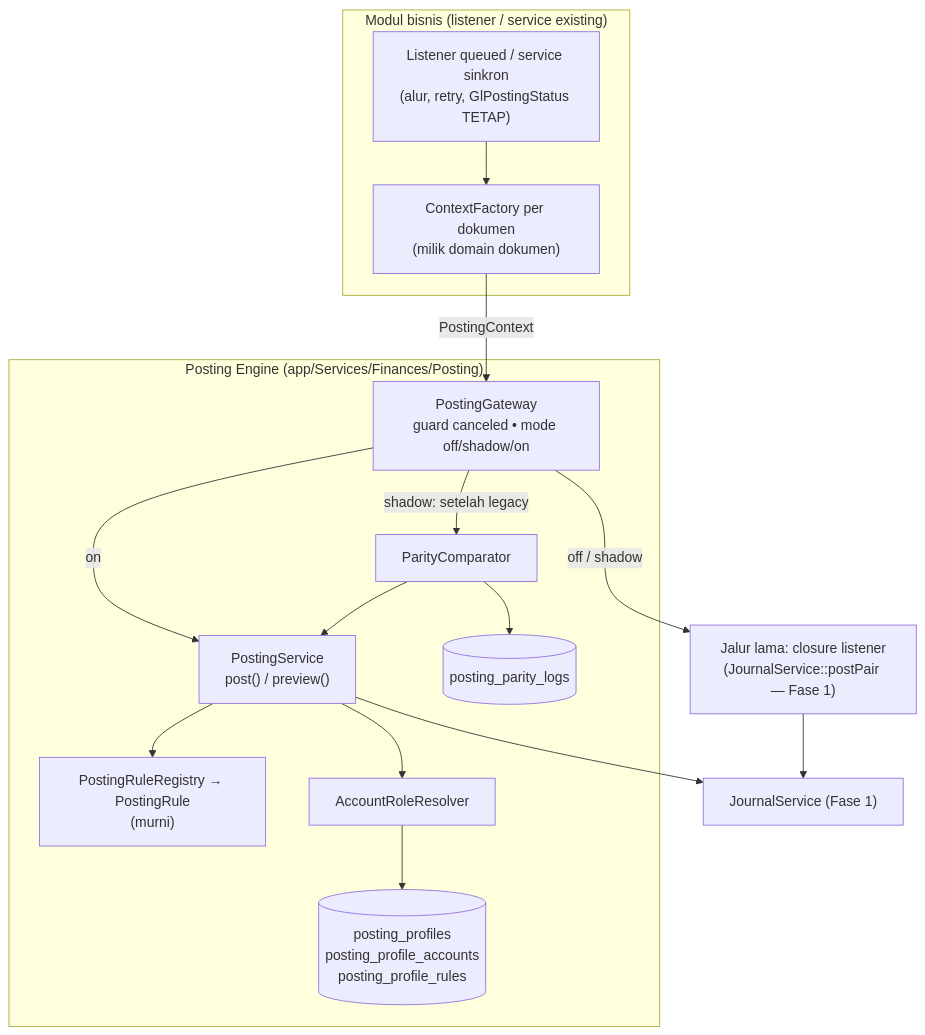
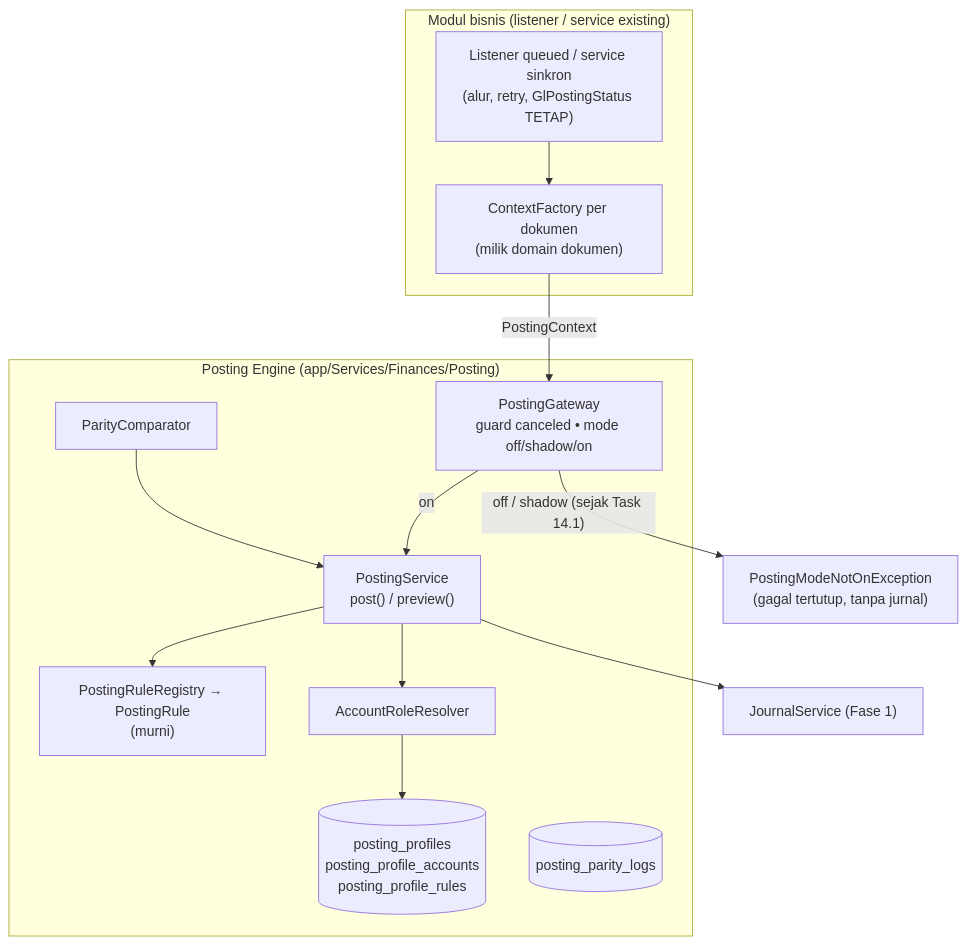
Before and after one commit to RimbunCode/erp_pataya: the diagram in .kiro/specs/finance-p2-posting-engine/design.md, drawn with Mermaid. The commit also changed other lines of this file and 65 other files, not shown here.

First line of the commit message:
feat(finance-p2): Task 14.1 matikan legacy_account_fallback dan hapus closure legacy

````diff
--- a/.kiro/specs/finance-p2-posting-engine/design.md
+++ b/.kiro/specs/finance-p2-posting-engine/design.md
@@ -25,26 +25,24 @@
 ```mermaid
 flowchart TD
     subgraph MOD["Modul bisnis (listener / service existing)"]
         LF["ContextFactory per dokumen<br/>(milik domain dokumen)"]
         LN["Listener queued / service sinkron<br/>(alur, retry, GlPostingStatus TETAP)"]
     end
     LN --> LF
     LF -->|PostingContext| GW
     subgraph ENG["Posting Engine (app/Services/Finances/Posting)"]
         GW["PostingGateway<br/>guard canceled • mode off/shadow/on"]
         PS["PostingService<br/>post() / preview()"]
         RR["PostingRuleRegistry → PostingRule<br/>(murni)"]
         AR["AccountRoleResolver"]
         PP[("posting_profiles<br/>posting_profile_accounts<br/>posting_profile_rules")]
         CMP["ParityComparator"]
         PL[("posting_parity_logs")]
         GW -->|on| PS
-        GW -->|shadow: setelah legacy| CMP --> PL
         CMP --> PS
         PS --> RR
         PS --> AR --> PP
     end
-    GW -->|off / shadow| LEG["Jalur lama: closure listener<br/>(JournalService::postPair — Fase 1)"]
+    GW -->|"off / shadow (sejak Task 14.1)"| FAIL["PostingModeNotOnException<br/>(gagal tertutup, tanpa jurnal)"]
     PS --> JS["JournalService (Fase 1)"]
-    LEG --> JS
 ```
````
